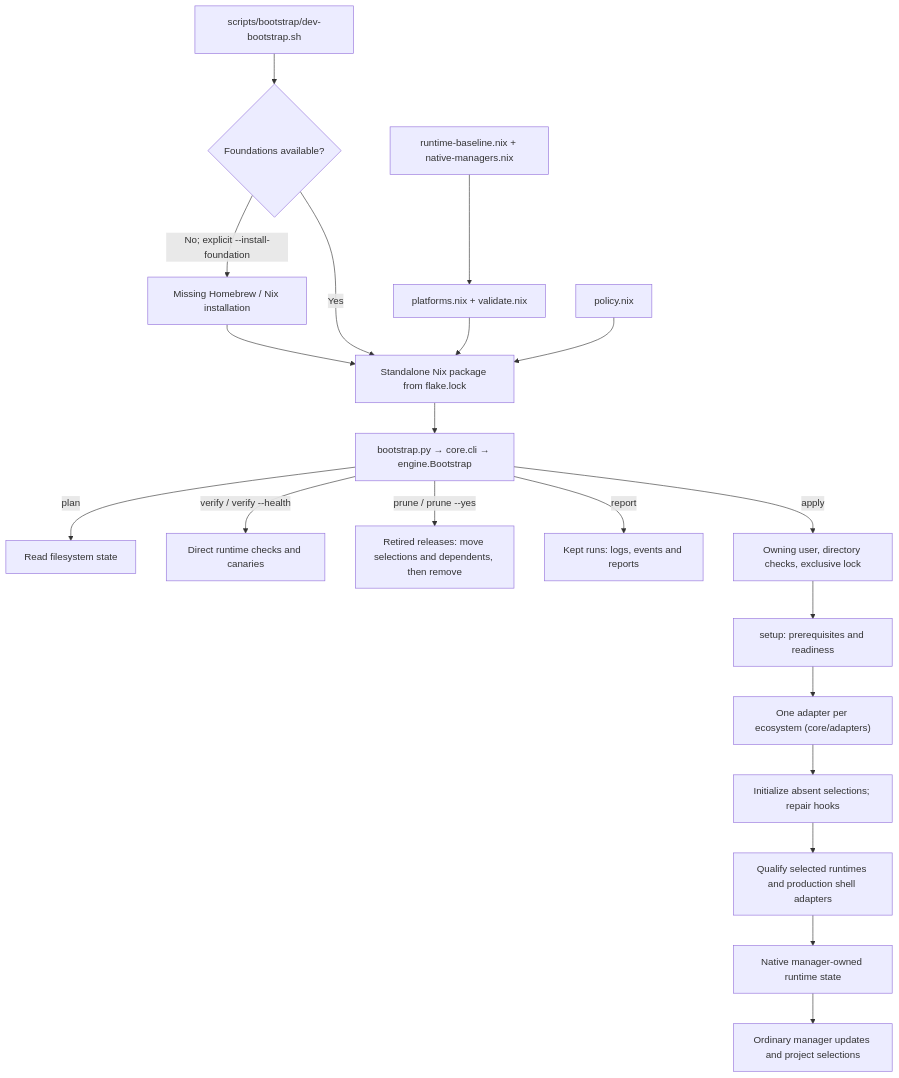
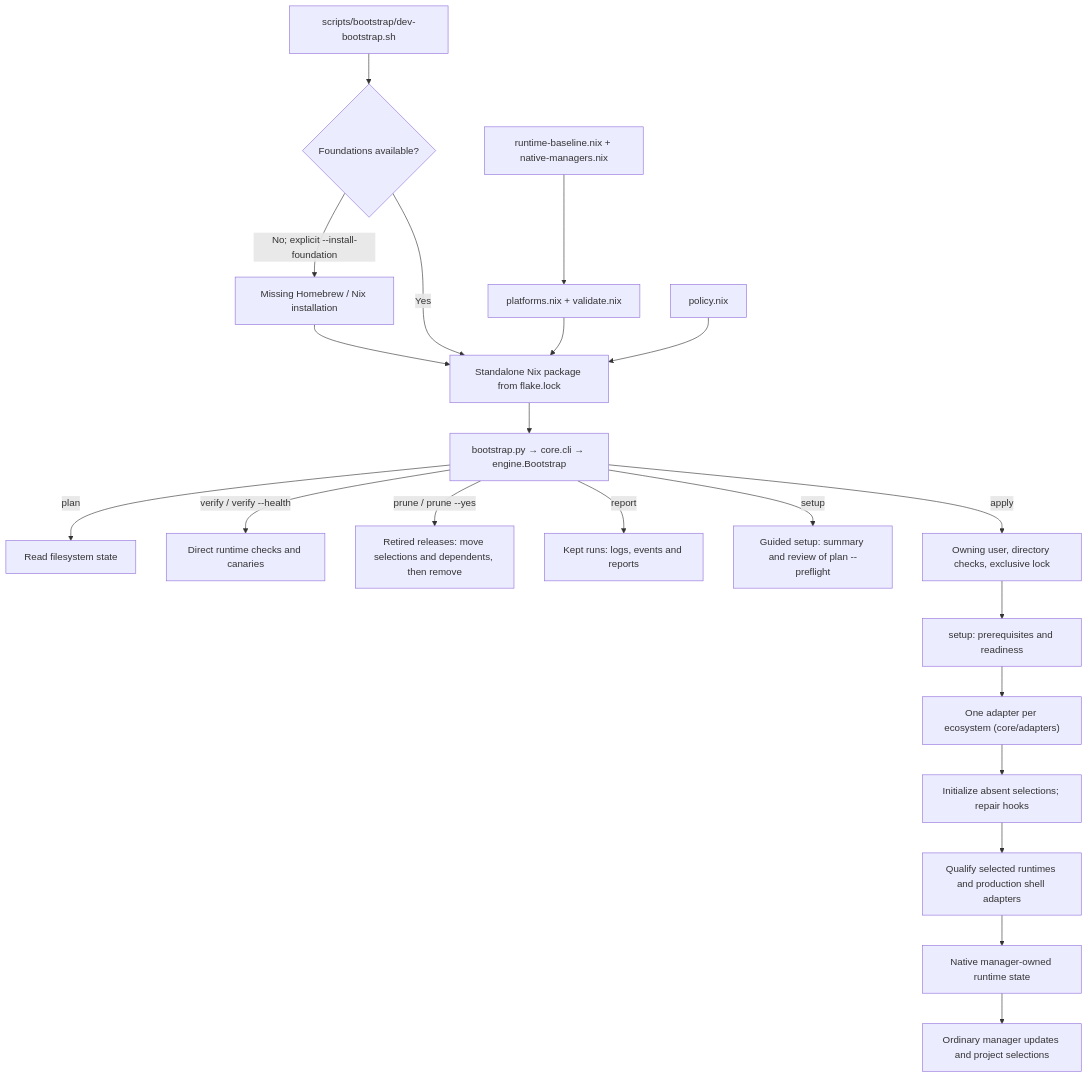
The diagram in home/dev/bootstrap/README.md (LCS-Dev-Ergos/Dotfiles), drawn with Mermaid before and after one commit. The commit also changed other lines of this file and 24 other files, not shown here.

First line of the commit message:
feat(dev-bootstrap): Add the guided setup's detection, summary and review.

````diff
--- a/home/dev/bootstrap/README.md
+++ b/home/dev/bootstrap/README.md
@@ -32,22 +32,23 @@
 ```mermaid
 flowchart TD
     Entry["scripts/bootstrap/dev-bootstrap.sh"] --> Foundation{"Foundations available?"}
     Foundation -->|No; explicit --install-foundation| Foundations["Missing Homebrew / Nix installation"]
     Foundations --> Package
     Foundation -->|Yes| Package["Standalone Nix package from flake.lock"]
     Baseline["runtime-baseline.nix + native-managers.nix"] --> Validation["platforms.nix + validate.nix"]
     Validation --> Package
     Policy["policy.nix"] --> Package
     Package --> CLI["bootstrap.py → core.cli → engine.Bootstrap"]
     CLI -->|plan| Inspect["Read filesystem state"]
     CLI -->|verify / verify --health| Verify["Direct runtime checks and canaries"]
     CLI -->|prune / prune --yes| Prune["Retired releases: move selections and dependents, then remove"]
     CLI -->|report| Runs["Kept runs: logs, events and reports"]
+    CLI -->|setup| Guided["Guided setup: summary and review of plan --preflight"]
     CLI -->|apply| Guard["Owning user, directory checks, exclusive lock"]
     Guard --> Setup["setup: prerequisites and readiness"]
     Setup --> Adapters["One adapter per ecosystem (core/adapters)"]
     Adapters --> Defaults["Initialize absent selections; repair hooks"]
     Defaults --> Shell["Qualify selected runtimes and production shell adapters"]
     Shell --> Native["Native manager-owned runtime state"]
     Native --> Updates["Ordinary manager updates and project selections"]
 ```
````
